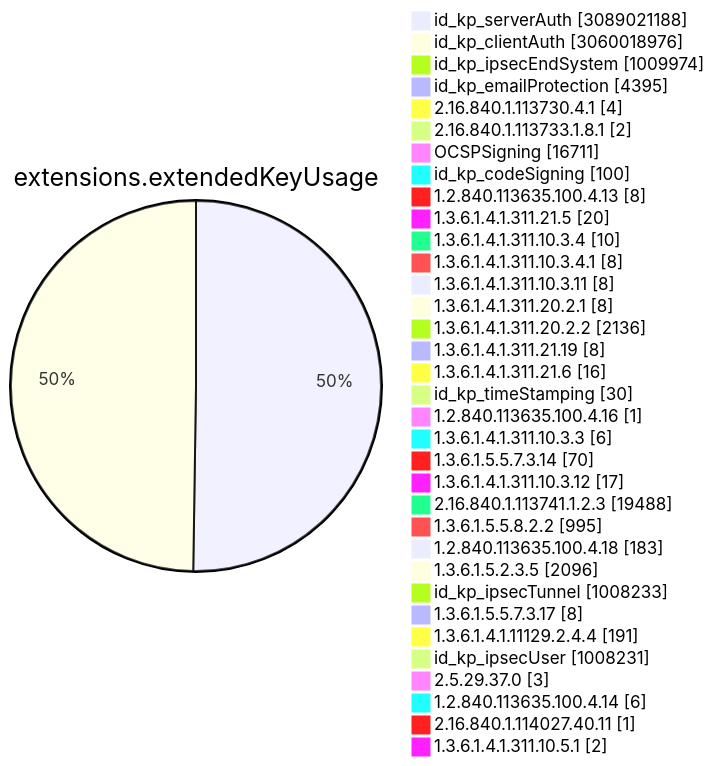
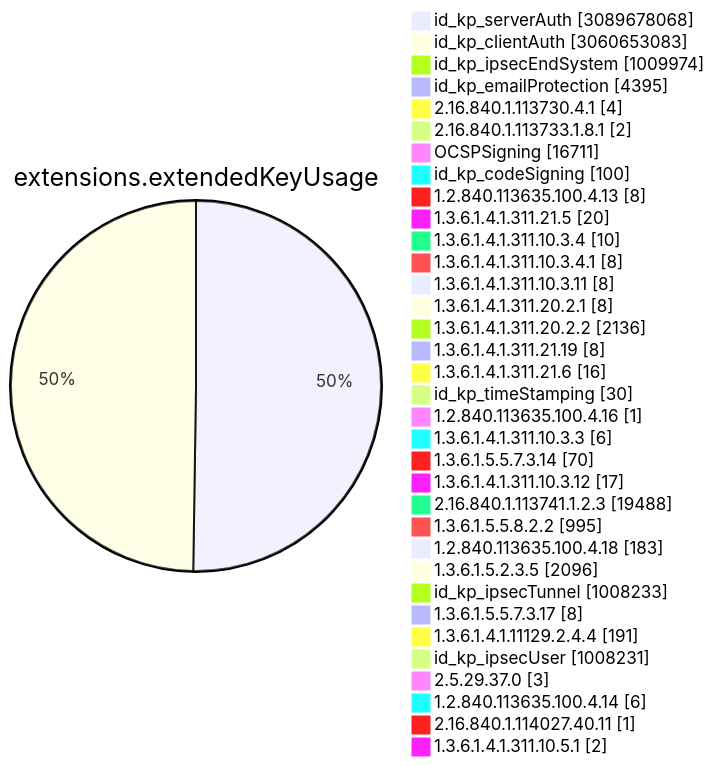
One commit to christiankrug/ctmonitor_visualization changed diagram 11 of 15 in TOTAL/README.md. Above: the diagram before and after it, drawn with Mermaid. The commit also changed other lines of this file, not shown here.

````diff
--- a/TOTAL/README.md
+++ b/TOTAL/README.md
@@ -4119,38 +4119,38 @@
 ```mermaid
 pie showData
 title extensions.extendedKeyUsage
-"id_kp_serverAuth" :3089021188
-"id_kp_clientAuth" :3060018976
+"id_kp_serverAuth" :3089678068
+"id_kp_clientAuth" :3060653083
 "id_kp_ipsecEndSystem" :1009974
 "id_kp_emailProtection" :4395
 "2.16.840.1.113730.4.1" :4
 "2.16.840.1.113733.1.8.1" :2
 "OCSPSigning" :16711
 "id_kp_codeSigning" :100
 "1.2.840.113635.100.4.13" :8
 "1.3.6.1.4.1.311.21.5" :20
 "1.3.6.1.4.1.311.10.3.4" :10
 "1.3.6.1.4.1.311.10.3.4.1" :8
 "1.3.6.1.4.1.311.10.3.11" :8
 "1.3.6.1.4.1.311.20.2.1" :8
 "1.3.6.1.4.1.311.20.2.2" :2136
 "1.3.6.1.4.1.311.21.19" :8
 "1.3.6.1.4.1.311.21.6" :16
 "id_kp_timeStamping" :30
 "1.2.840.113635.100.4.16" :1
 "1.3.6.1.4.1.311.10.3.3" :6
 "1.3.6.1.5.5.7.3.14" :70
 "1.3.6.1.4.1.311.10.3.12" :17
 "2.16.840.1.113741.1.2.3" :19488
 "1.3.6.1.5.5.8.2.2" :995
 "1.2.840.113635.100.4.18" :183
 "1.3.6.1.5.2.3.5" :2096
 "id_kp_ipsecTunnel" :1008233
 "1.3.6.1.5.5.7.3.17" :8
 "1.3.6.1.4.1.11129.2.4.4" :191
 "id_kp_ipsecUser" :1008231
 "2.5.29.37.0" :3
 "1.2.840.113635.100.4.14" :6
 "2.16.840.1.114027.40.11" :1
 "1.3.6.1.4.1.311.10.5.1" :2
 ```
````
